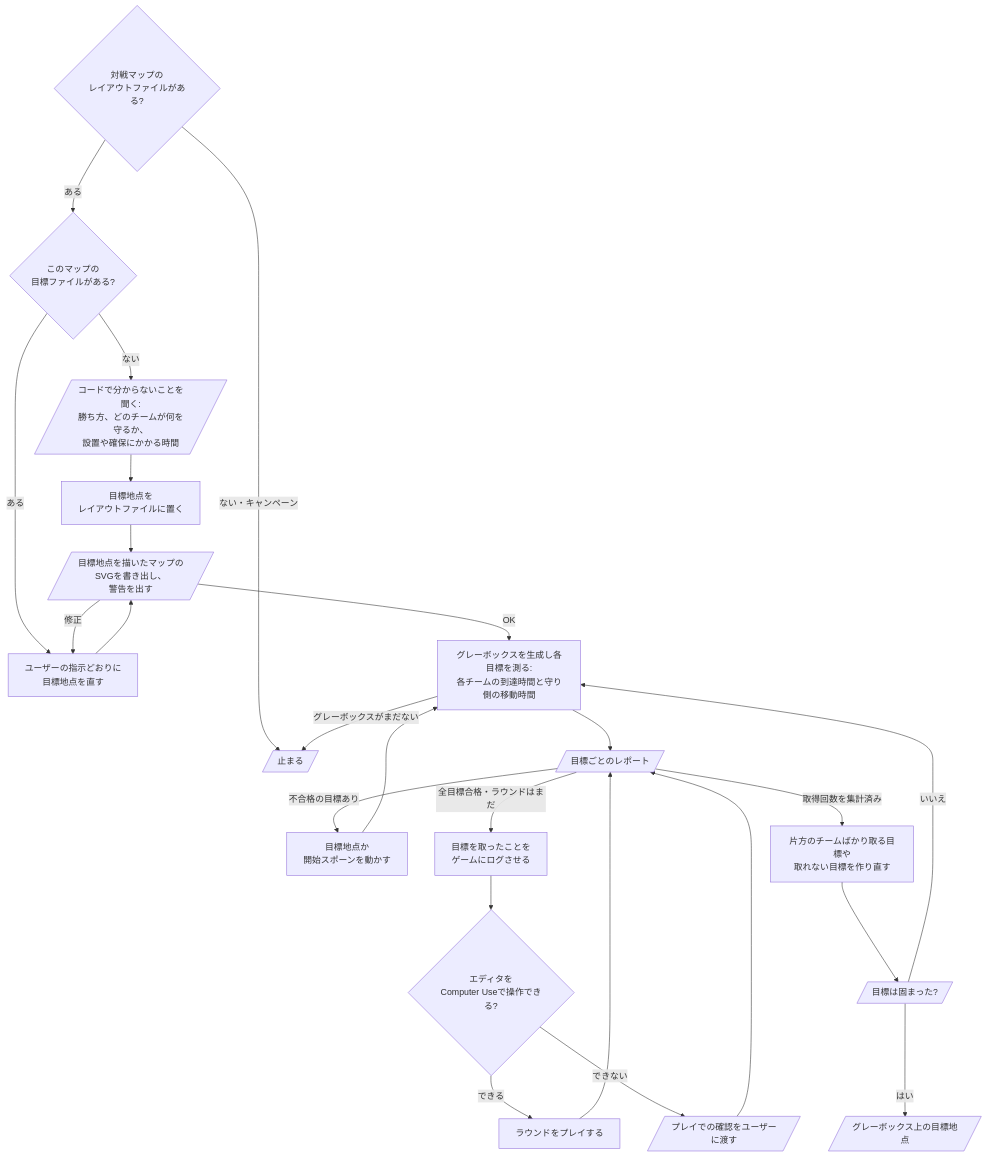
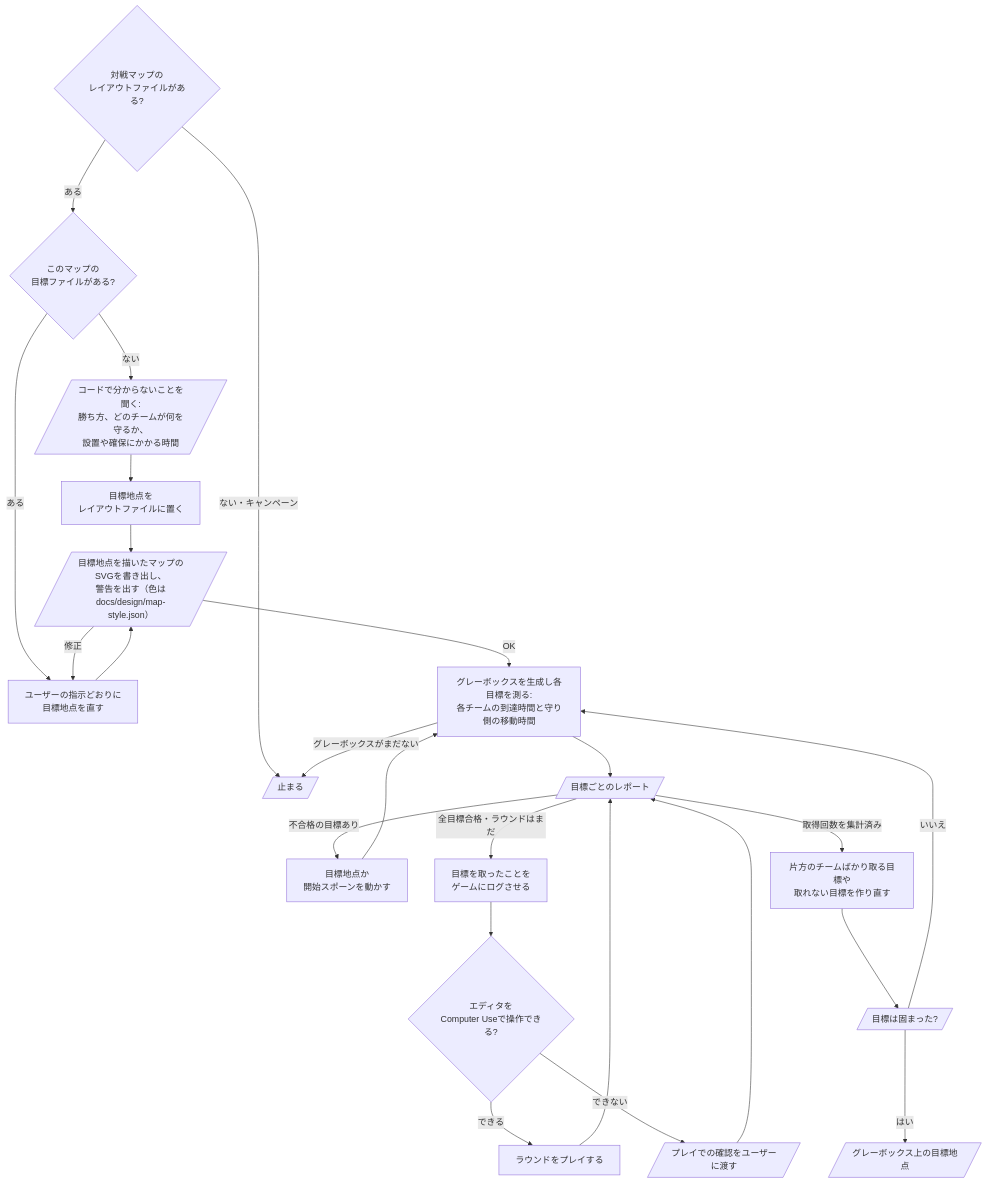
Before and after one commit to omni-stove/skill-kit: the diagram in domains/game/skills/shooter-objectives/README.ja.md, drawn with Mermaid. The commit also changed 19 other files, not shown here.

````diff
--- a/domains/game/skills/shooter-objectives/README.ja.md
+++ b/domains/game/skills/shooter-objectives/README.ja.md
@@ -3,27 +3,27 @@
 ```mermaid
 flowchart TD
   start{対戦マップの<br/>レイアウトファイルがある?}
   start -- "ない・キャンペーン" --> stop[/止まる/]
   start -- "ある" --> exists{このマップの<br/>目標ファイルがある?}
   exists -- "ない" --> ask[/コードで分からないことを聞く:<br/>勝ち方、どのチームが何を守るか、<br/>設置や確保にかかる時間/]
   ask --> place[目標地点を<br/>レイアウトファイルに置く]
   exists -- "ある" --> edit[ユーザーの指示どおりに<br/>目標地点を直す]
   place --> view
-  edit --> view[/目標地点を描いたマップのSVGを書き出し、<br/>警告を出す/]
+  edit --> view[/目標地点を描いたマップのSVGを書き出し、<br/>警告を出す（色は<br/>docs/design/map-style.json）/]
   view -- "修正" --> edit
   view -- "OK" --> measure[グレーボックスを生成し各目標を測る:<br/>各チームの到達時間と守り側の移動時間]
   measure -- "グレーボックスがまだない" --> stop
   measure --> report[/目標ごとのレポート/]
   report -- "不合格の目標あり" --> move[目標地点か<br/>開始スポーンを動かす]
   move --> measure
   report -- "全目標合格・ラウンドはまだ" --> take[目標を取ったことを<br/>ゲームにログさせる]
   take --> how{エディタを<br/>Computer Useで操作できる?}
   how -- "できる" --> play[ラウンドをプレイする]
   how -- "できない" --> hand[/プレイでの確認をユーザーに渡す/]
   play --> report
   hand --> report
   report -- "取得回数を集計済み" --> weigh[片方のチームばかり取る目標や<br/>取れない目標を作り直す]
   weigh --> settled[/目標は固まった?/]
   settled -- "いいえ" --> measure
   settled -- "はい" --> done[/グレーボックス上の目標地点/]
 ```
````
